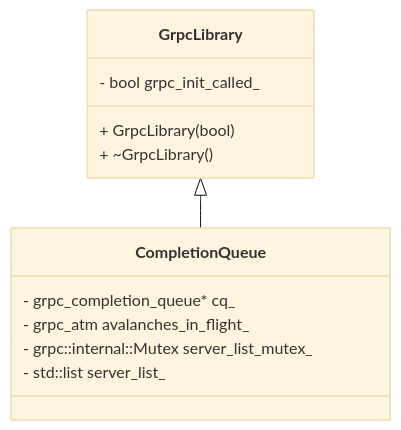
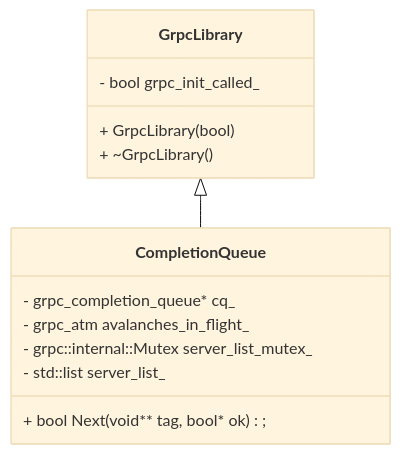
One commit to akai100/job_seek changed the second of 2 diagrams in 编程语言/c++/grpc源码分析.md. Above: the diagram before and after it, drawn with Mermaid (base theme).

````diff
--- a/编程语言/c++/grpc源码分析.md
+++ b/编程语言/c++/grpc源码分析.md
@@ -25,15 +25,16 @@
 ```mermaid
 classDiagram
     class GrpcLibrary {
         - bool grpc_init_called_
         + GrpcLibrary(bool)
         + ~GrpcLibrary()
     }
     class CompletionQueue {
         - grpc_completion_queue* cq_
         - grpc_atm avalanches_in_flight_
         - grpc::internal::Mutex server_list_mutex_
         - std::list<const grpc::Server*> server_list_
+        + bool Next(void** tag, bool* ok);
     }
     GrpcLibrary <|-- CompletionQueue
 ```
````
